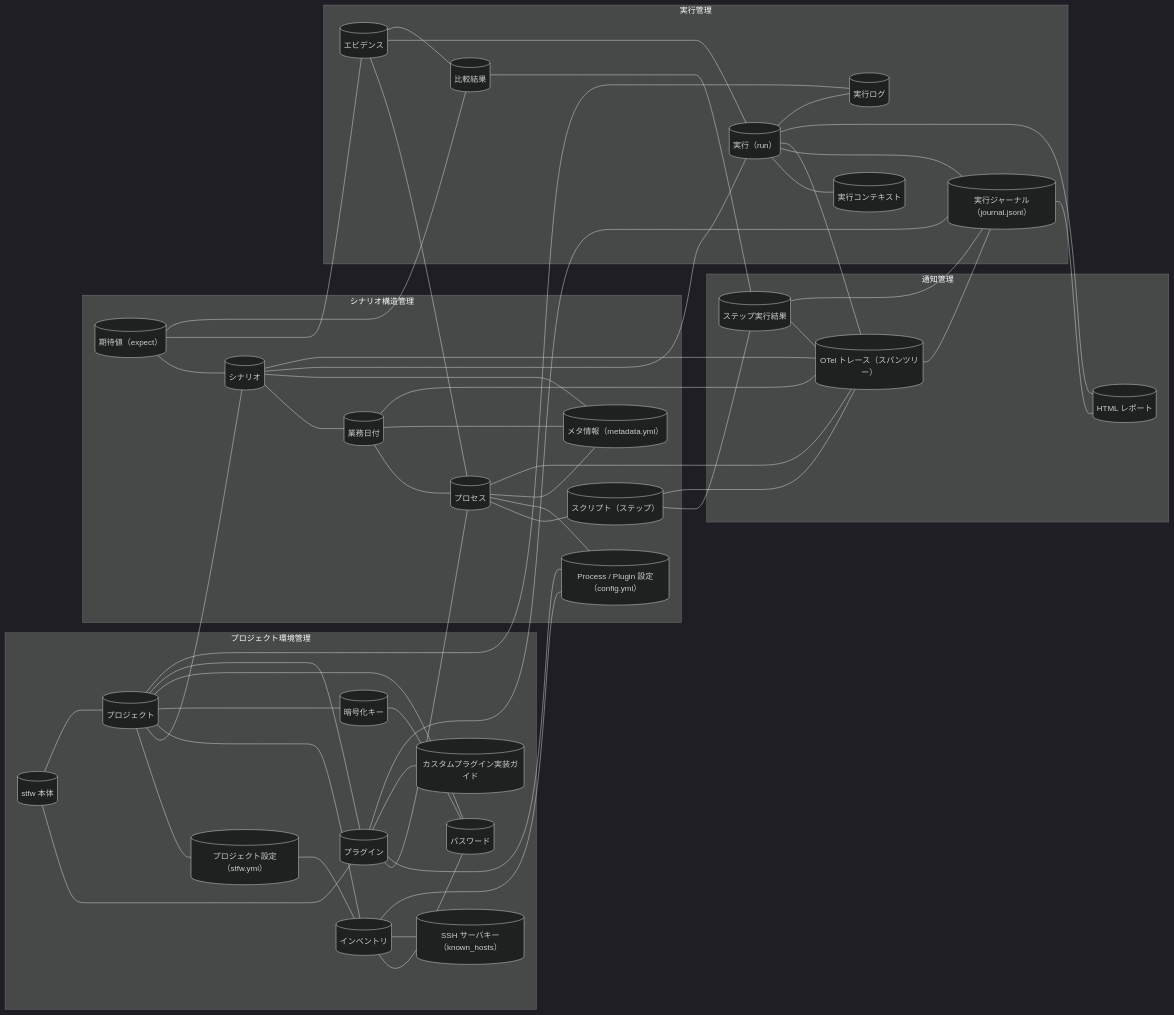
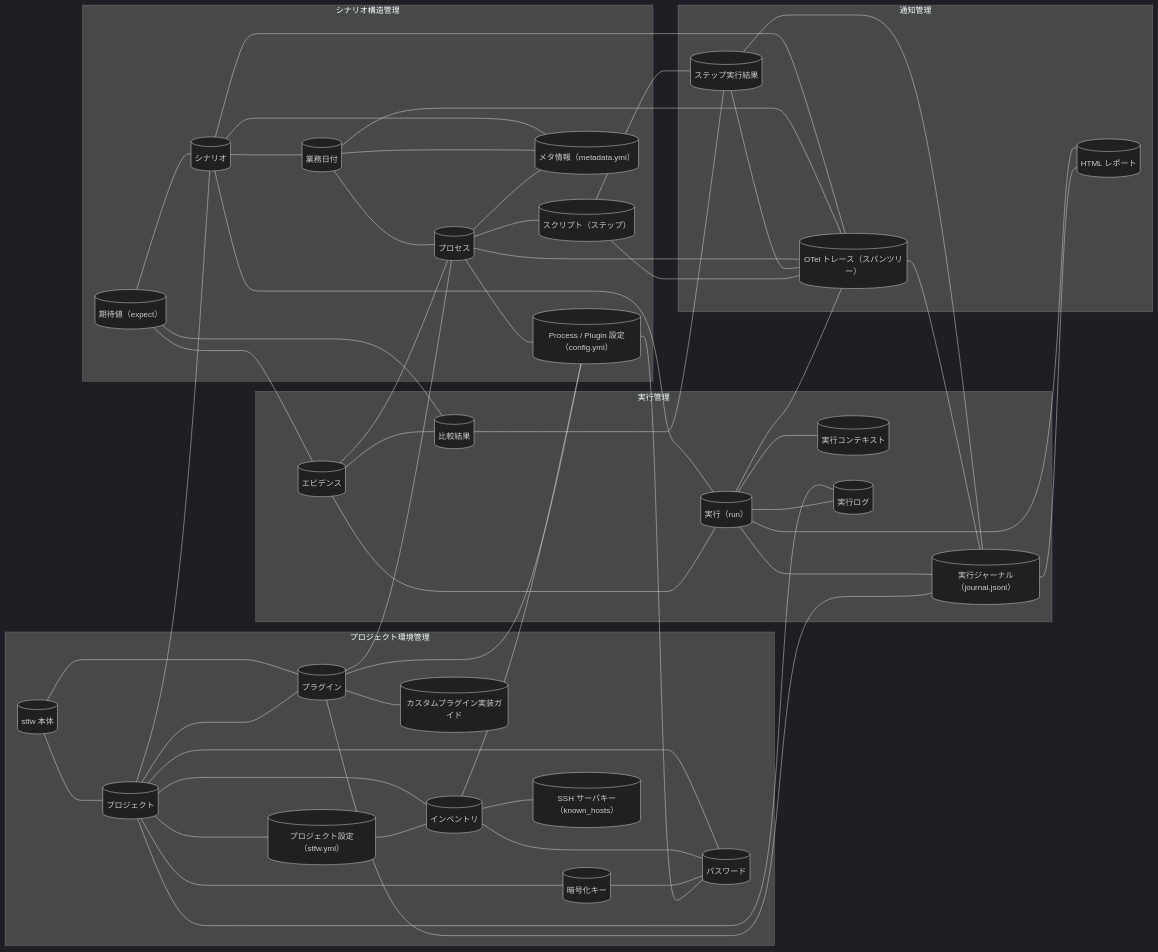
Before and after one commit to scenario-test-framework/stfw: the diagram in docs/rdra/latest/views/05_情報モデル.md, drawn with Mermaid (dark theme). The commit also changed other lines of this file and 12 other files, not shown here.

```diff
--- a/docs/rdra/latest/views/05_情報モデル.md
+++ b/docs/rdra/latest/views/05_情報モデル.md
@@ -68,6 +68,7 @@
   IF12 --- IF15
   IF12 --- IF24
   IF13 --- IF23
+  IF14 --- IF6
   IF17 --- IF18
   IF17 --- IF20
   IF17 --- IF24
```
